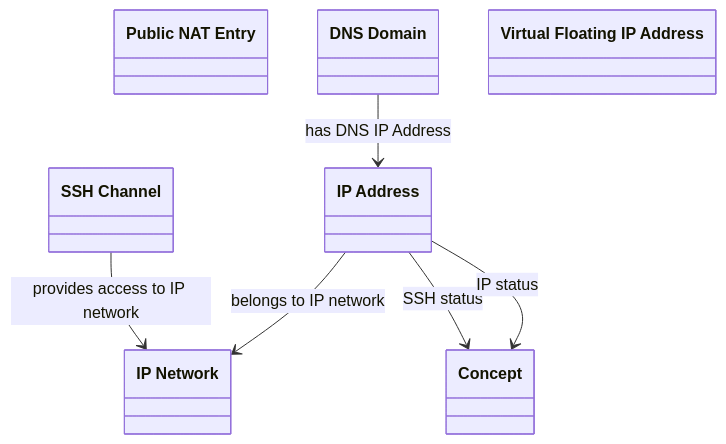
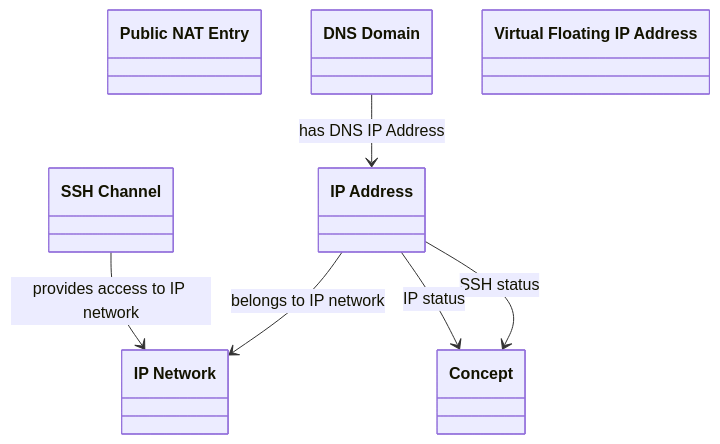
Before and after one commit to oeg-upm/Devos: the diagram in output/ieswc_freq/network.ttl-freq-7-0-hard.md, drawn with Mermaid. The commit also changed other lines of this file and 267 other files, not shown here.

````diff
--- a/output/ieswc_freq/network.ttl-freq-7-0-hard.md
+++ b/output/ieswc_freq/network.ttl-freq-7-0-hard.md
@@ -1,45 +1,45 @@
 ```mermaid
 	classDiagram
 
     
     class `IP Address` {
     
     }
 
     class `IP Network` {
     
     }
 
     class `Public NAT Entry` {
     
     }
 
     class `DNS Domain` {
     
     }
 
     class `SSH Channel` {
     
     }
 
     class `Concept` {
     
     }
 
     class `Virtual Floating IP Address` {
     
     }
 
 
 
-`SSH Channel`  --> `IP Network`   :provides access to IP network  
+`DNS Domain`  --> `IP Address`   :has DNS IP Address  
 
 `IP Address`  --> `IP Network`   :belongs to IP network  
 
-`DNS Domain`  --> `IP Address`   :has DNS IP Address  
+`SSH Channel`  --> `IP Network`   :provides access to IP network  
 
 `IP Address`  --> `Concept`   :SSH status  
 
 `IP Address`  --> `Concept`   :IP status  
 
 ```
````
